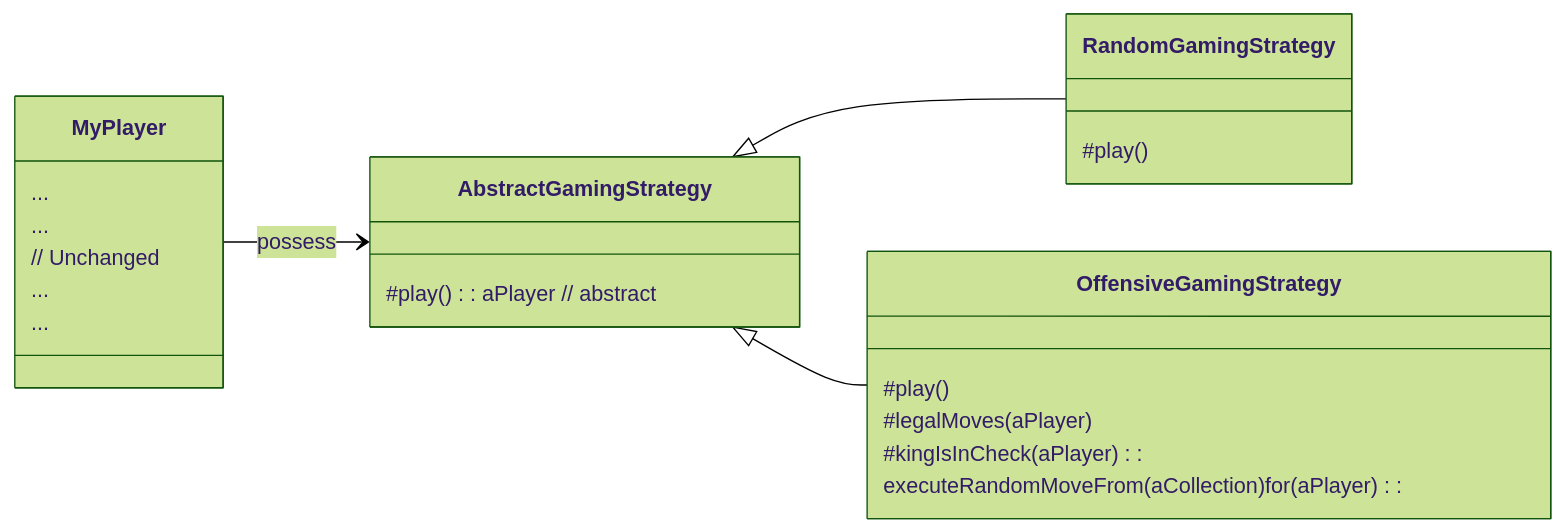
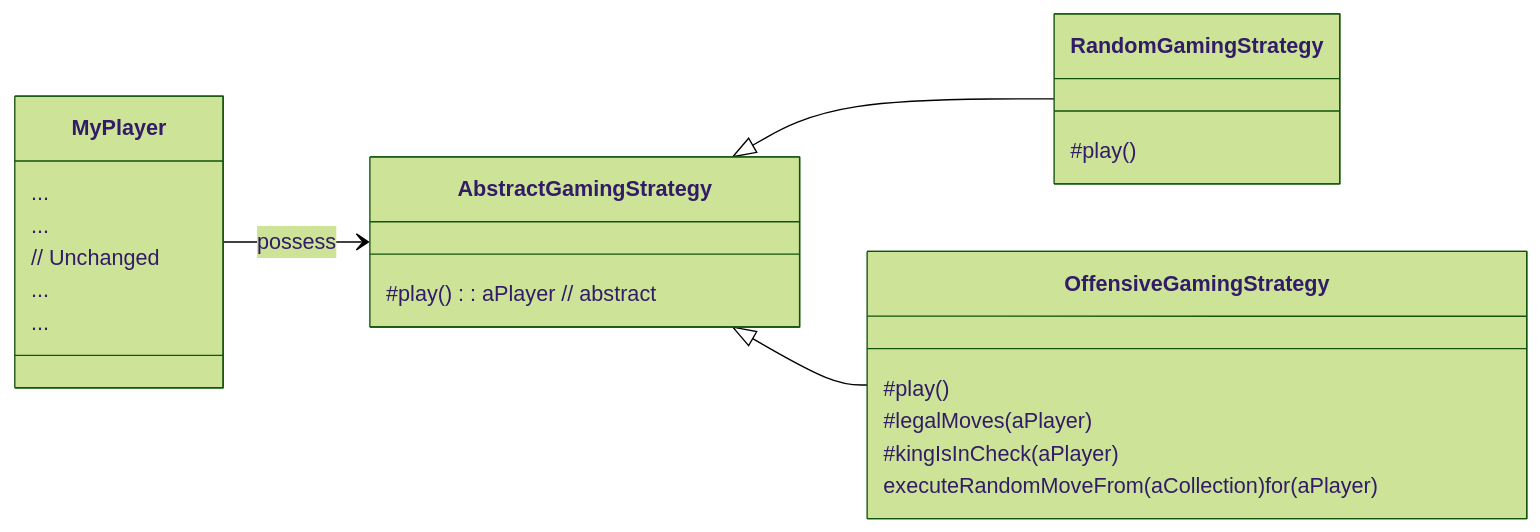
Before and after one commit to UnivLille-Meta/Miage-C3P: the second of 2 diagrams in groups/deloison-dacosta/report_week05.md, drawn with Mermaid (forest theme).

Commit message:
Update week 5 report

`````diff
--- a/groups/deloison-dacosta/report_week05.md
+++ b/groups/deloison-dacosta/report_week05.md
@@ -98,33 +98,33 @@
 ```mermaid
 %% LR = Left to Right
 classDiagram
 direction LR
 
 %% --- Hiérarchie à gauche ---
     class AbstractGamingStrategy{
         #play(): aPlayer // abstract
     }
 
     class RandomGamingStrategy {
         #play()
     }
 
     class OffensiveGamingStrategy {
         #play()
         #legalMoves(aPlayer)
-        #kingIsInCheck(aPlayer): 
-        executeRandomMoveFrom(aCollection)for(aPlayer):
+        #kingIsInCheck(aPlayer)
+        executeRandomMoveFrom(aCollection)for(aPlayer)
     }
 
     class MyPlayer {
         ...
         ...
         // Unchanged
         ...
         ...
     }
 
     MyPlayer --> AbstractGamingStrategy : possess
     AbstractGamingStrategy <|-- RandomGamingStrategy
     AbstractGamingStrategy <|-- OffensiveGamingStrategy
 ````
`````
